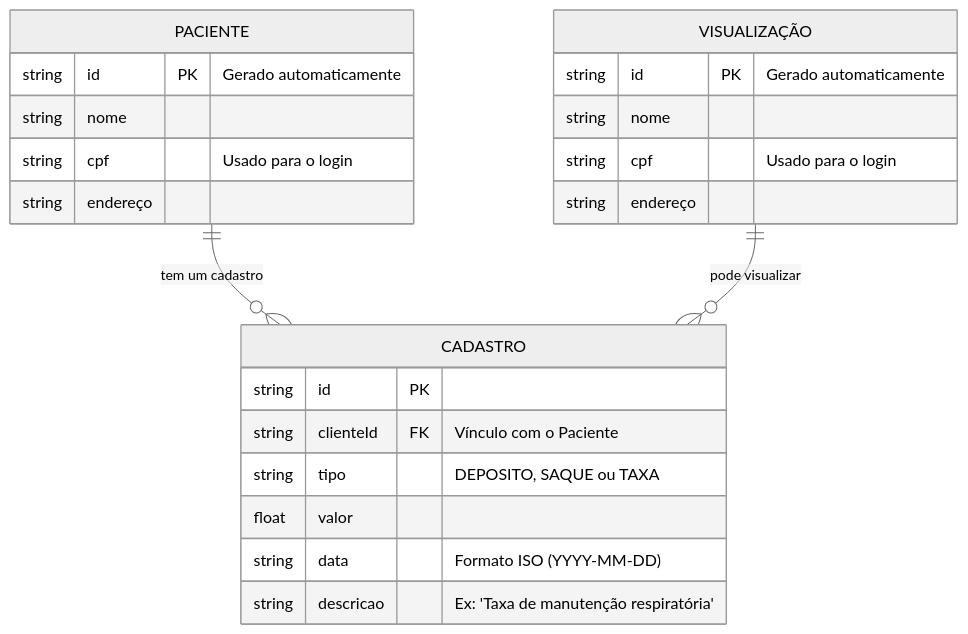
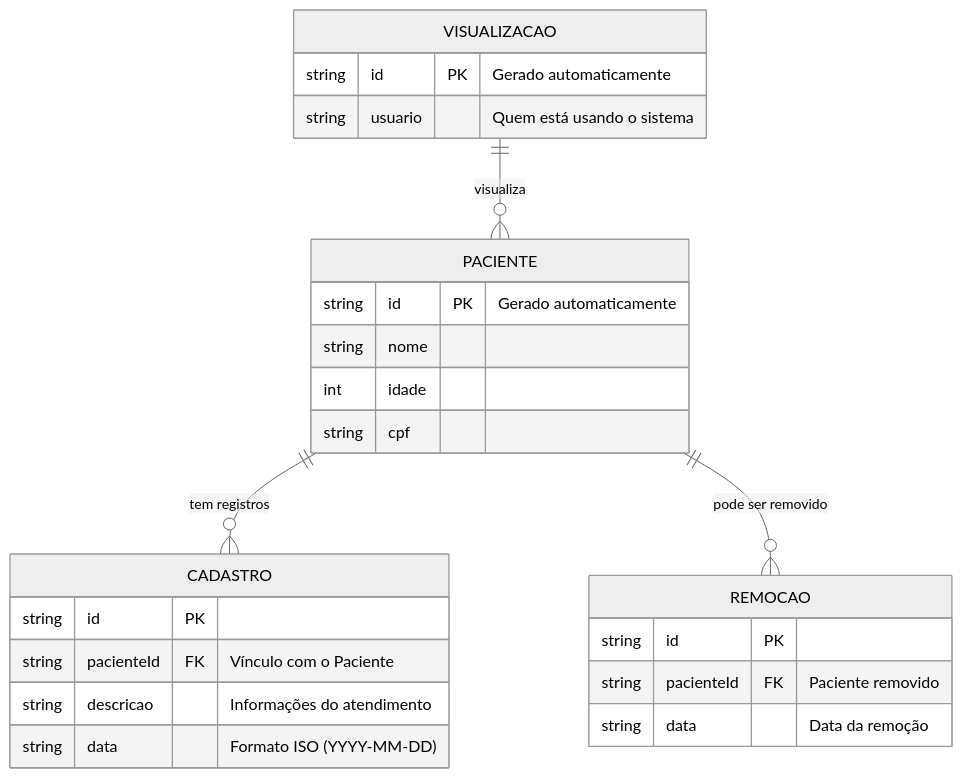
One commit to fehliperamos4/projeto-v1 changed the diagram in Docs/spec.md. Above: the diagram before and after it, drawn with Mermaid (neutral theme).

````diff
--- a/Docs/spec.md
+++ b/Docs/spec.md
@@ -9,25 +9,31 @@
 ```mermaid
 erDiagram
-PACIENTE ||--o{ CADASTRO : "tem um cadastro"
+PACIENTE ||--o{ CADASTRO : "tem registros"
+PACIENTE ||--o{ REMOCAO : "pode ser removido"
+
 PACIENTE {
-string id PK "Gerado automaticamente"
-string nome
-string cpf "Usado para o login"
-string endereço
+  string id PK "Gerado automaticamente"
+  string nome
+  int idade
+  string cpf
 }
+
 CADASTRO {
-string id PK
-string clienteId FK "Vínculo com o Paciente"
-string tipo "DEPOSITO, SAQUE ou TAXA"
-float valor
-string data "Formato ISO (YYYY-MM-DD)"
-string descricao "Ex: 'Taxa de manutenção respiratória'"
+  string id PK
+  string pacienteId FK "Vínculo com o Paciente"
+  string descricao "Informações do atendimento"
+  string data "Formato ISO (YYYY-MM-DD)"
 }
-VISUALIZAÇÃO ||--o{ CADASTRO : "pode visualizar"
-VISUALIZAÇÃO {
-string id PK "Gerado automaticamente"
-string nome
-string cpf "Usado para o login"
-string endereço
+
+VISUALIZACAO ||--o{ PACIENTE : "visualiza"
+VISUALIZACAO {
+  string id PK "Gerado automaticamente"
+  string usuario "Quem está usando o sistema"
+}
+
+REMOCAO {
+  string id PK
+  string pacienteId FK "Paciente removido"
+  string data "Data da remoção"
 }
 ```
````
